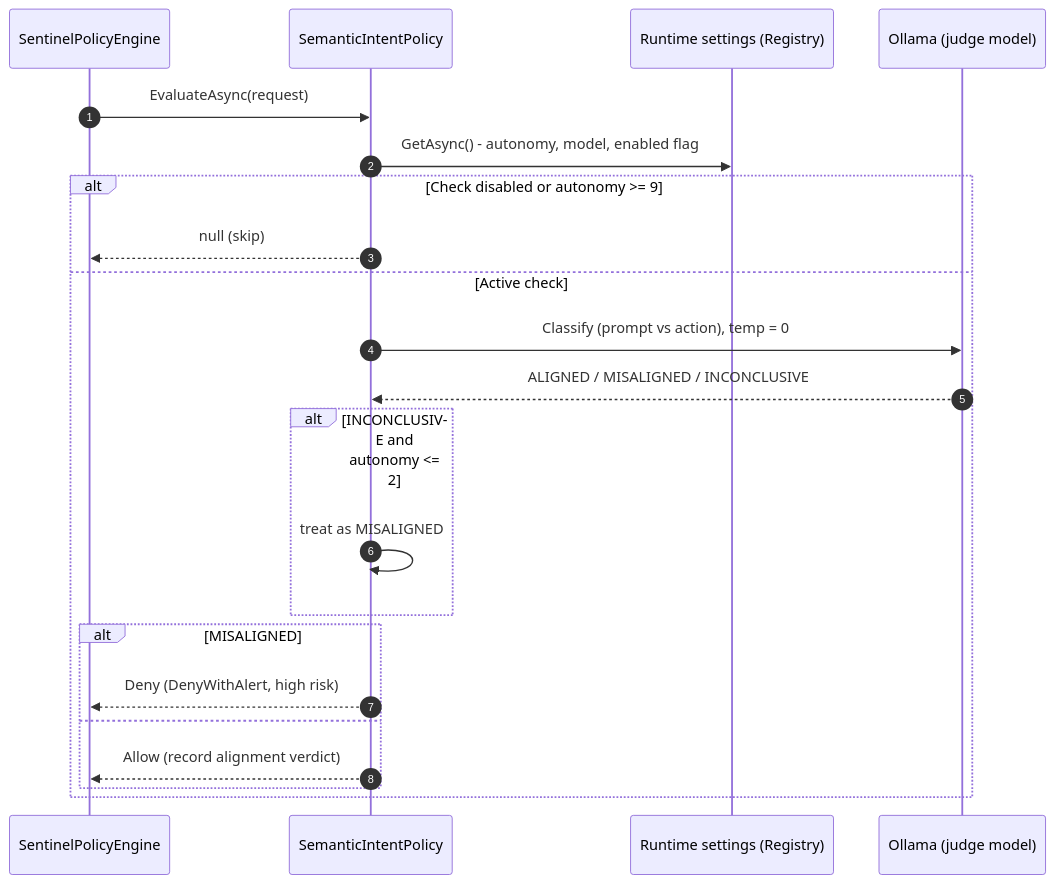
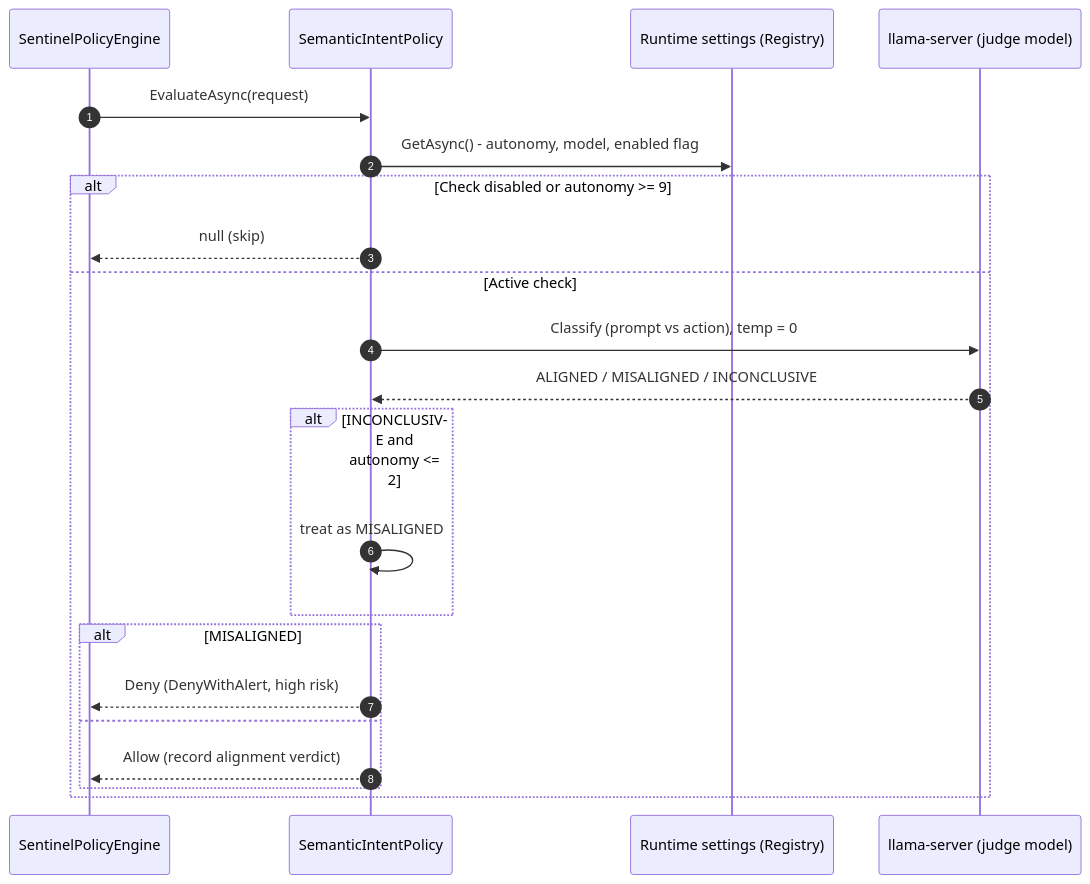
Before and after one commit to mihailshterev/sentium: the diagram in docs/diagrams/sentinel-5-semantic-intent-policy.md, drawn with Mermaid. The commit also changed 108 other files, not shown here.

````diff
--- a/docs/diagrams/sentinel-5-semantic-intent-policy.md
+++ b/docs/diagrams/sentinel-5-semantic-intent-policy.md
@@ -1,25 +1,25 @@
 ```mermaid
 sequenceDiagram
     autonumber
     participant EN as SentinelPolicyEngine
     participant SI as SemanticIntentPolicy
     participant RS as Runtime settings (Registry)
-    participant LLM as Ollama (judge model)
+    participant LLM as llama-server (judge model)
 
     EN->>SI: EvaluateAsync(request)
     SI->>RS: GetAsync() - autonomy, model, enabled flag
     alt Check disabled or autonomy >= 9
         SI-->>EN: null (skip)
     else Active check
         SI->>LLM: Classify (prompt vs action), temp = 0
         LLM-->>SI: ALIGNED / MISALIGNED / INCONCLUSIVE
         alt INCONCLUSIVE and autonomy <= 2
             SI->>SI: treat as MISALIGNED
         end
         alt MISALIGNED
             SI-->>EN: Deny (DenyWithAlert, high risk)
         else
             SI-->>EN: Allow (record alignment verdict)
         end
     end
 ```
````
